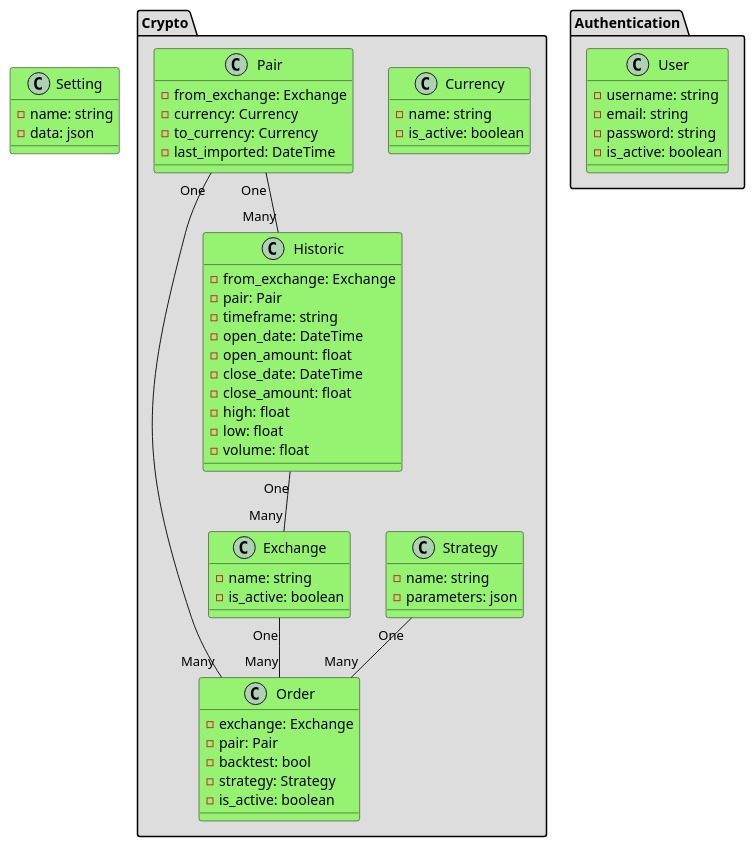
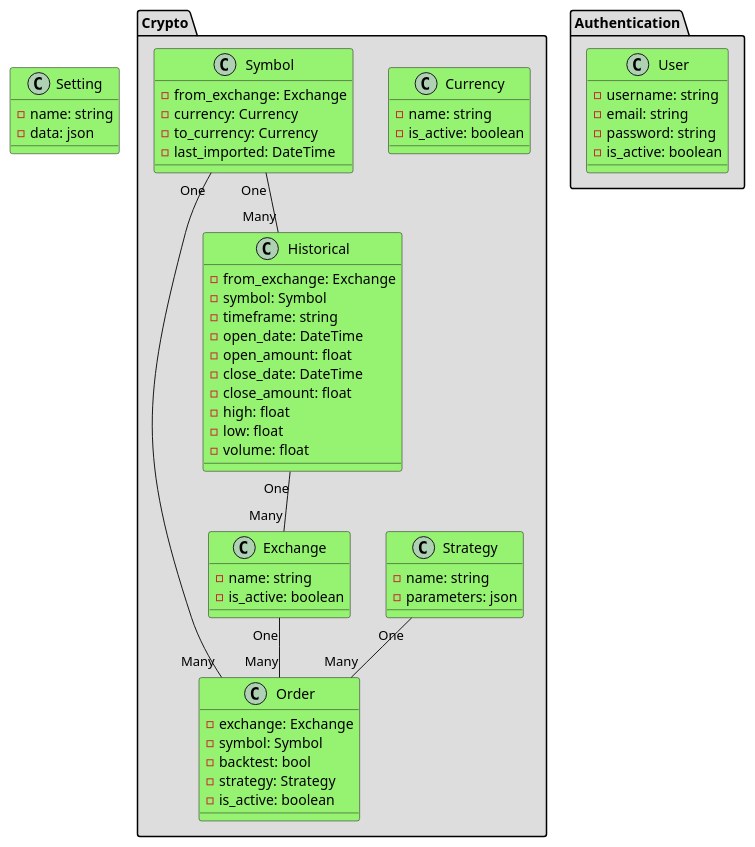
The diagram in class-diagram.puml (RomPiot/crypto-bot-tradingview), drawn with PlantUML before and after one commit. The commit also changed 9 other files, not shown here.

```diff
--- a/class-diagram.puml
+++ b/class-diagram.puml
@@ -4,82 +4,82 @@
 @startuml diagram
 
 ' Entities
 
 package "Crypto" #DDDDDD {
     class Currency #96F372 {
         - name: string
         - is_active: boolean
     }
 
     class Order #96F372 {
         - exchange: Exchange
-        - pair: Pair
+        - symbol: Symbol
         - backtest: bool
         - strategy: Strategy
         - is_active: boolean
     }
 
     class Exchange #96F372 {
         - name: string
         - is_active: boolean
     }
 
     class Strategy #96F372 {
         - name: string
         - parameters: json
     }
 
-    class Historic #96F372 {
+    class Historical #96F372 {
         - from_exchange: Exchange
-        - pair: Pair
+        - symbol: Symbol
         - timeframe: string
         - open_date: DateTime
         - open_amount: float
         - close_date: DateTime
         - close_amount: float
         - high: float
         - low: float
         - volume: float
     }
 
-    class Pair #96F372 {
+    class Symbol #96F372 {
         - from_exchange: Exchange
         - currency: Currency
         - to_currency: Currency
         - last_imported: DateTime
     }
 }
 
 package "Authentication" #DDDDDD {
     class User #96F372 {
         - username: string
         - email: string
         - password: string
         - is_active: boolean
     }
 }
 
 class Setting #96F372 {
     ' ex : 
     ' TRADINGVIEW_SETTINGS : { 
     '     color_mode: dark 
     '     view_type: logarithmic 
     '     view_auto: false 
     ' }
     ' ex : to save a chart
     ' TRADINGVIEW_INDICATOR_[NAME] : {  
     '     start_point: 123123.48949
     '     end_point: 123123.48949
     ' }
     - name: string 
     - data: json
 }
 
 ' Relations
 Exchange "One" -- "Many" Order
 Strategy "One" -- "Many" Order
-Historic "One" -- "Many" Exchange
-Pair "One" -- "Many" Historic
-Pair "One" -- "Many" Order
+Historical "One" -- "Many" Exchange
+Symbol "One" -- "Many" Historical
+Symbol "One" -- "Many" Order
 
 @enduml
```
